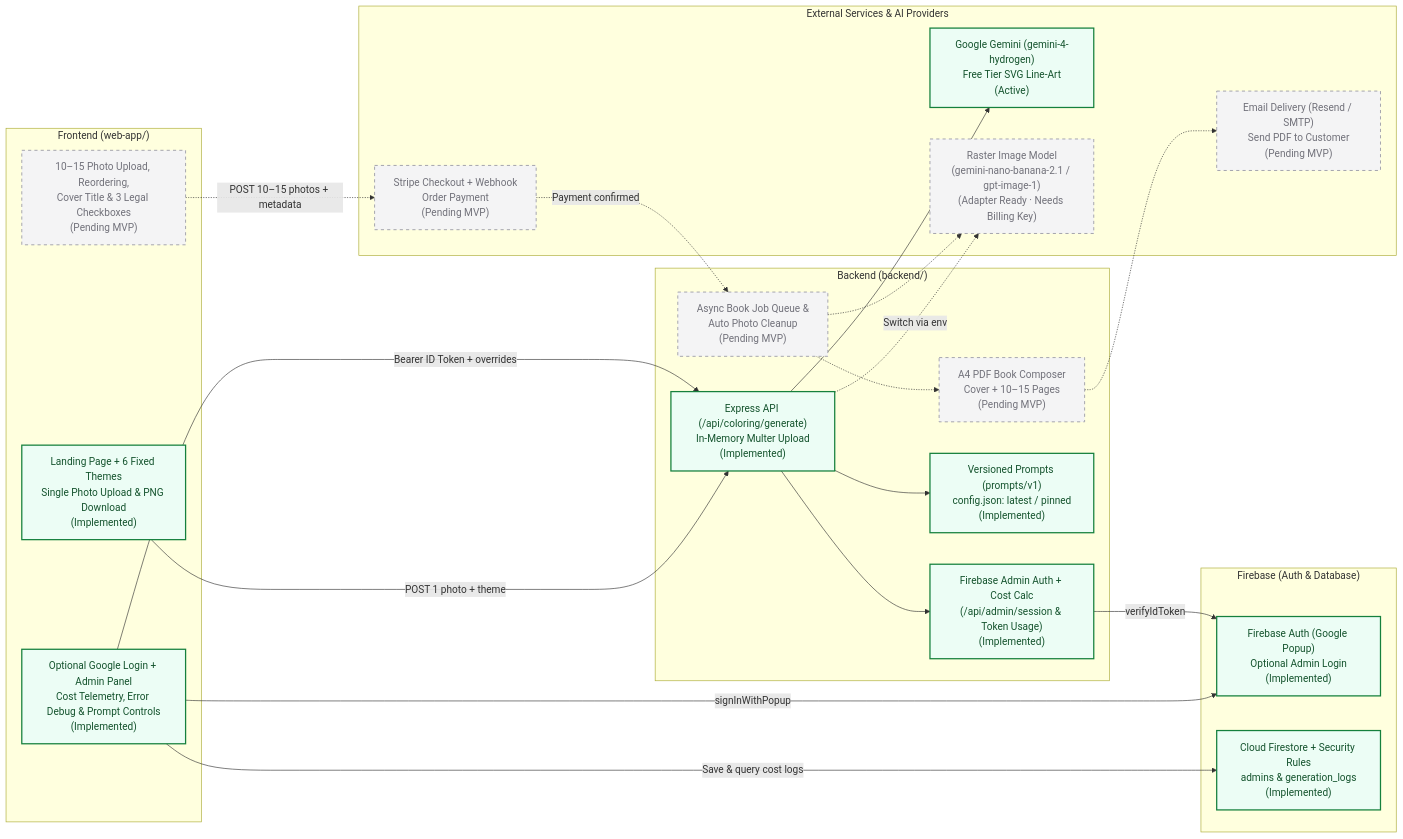
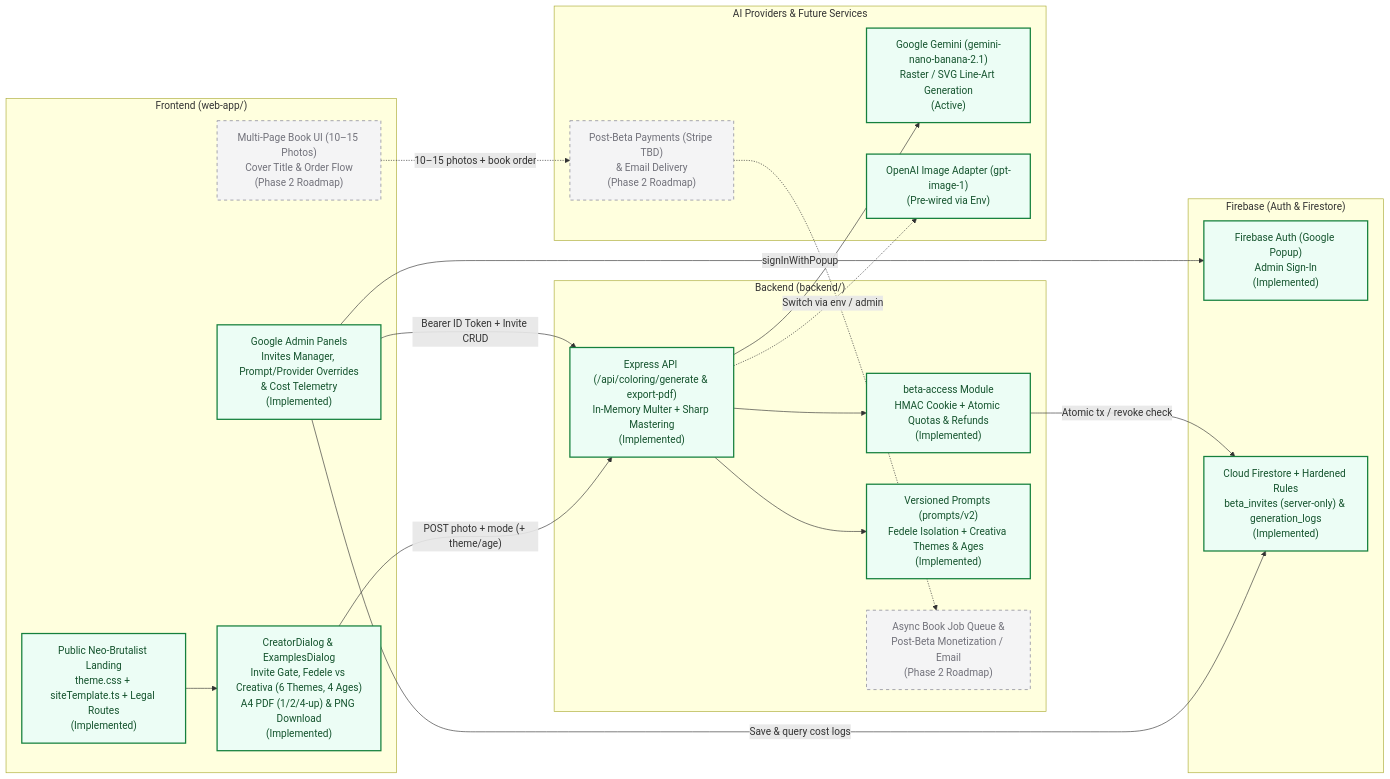
Before and after one commit to MarcoFierimonte/ColoraStoriaAI: the diagram in README.md, drawn with Mermaid. The commit also changed other lines of this file and 9 other files, not shown here.

````diff
--- a/README.md
+++ b/README.md
@@ -43,48 +50,44 @@
 ```mermaid
 flowchart LR
   subgraph Client["Frontend (web-app/)"]
-    UI["Landing Page + 6 Fixed Themes<br/>Single Photo Upload & PNG Download<br/>(Implemented)"]:::done
-    AdminUI["Optional Google Login + Admin Panel<br/>Cost Telemetry, Error Debug & Prompt Controls<br/>(Implemented)"]:::done
-    MultiUI["10–15 Photo Upload, Reordering,<br/>Cover Title & 3 Legal Checkboxes<br/>(Pending MVP)"]:::pending
+    Landing["Public Neo-Brutalist Landing<br/>theme.css + siteTemplate.ts + Legal Routes<br/>(Implemented)"]:::done
+    Creator["CreatorDialog & ExamplesDialog<br/>Invite Gate, Fedele vs Creativa (6 Themes, 4 Ages)<br/>A4 PDF (1/2/4-up) & PNG Download<br/>(Implemented)"]:::done
+    AdminUI["Google Admin Panels<br/>Invites Manager, Prompt/Provider Overrides<br/>& Cost Telemetry<br/>(Implemented)"]:::done
+    BookUI["Multi-Page Book UI (10–15 Photos)<br/>Cover Title & Order Flow<br/>(Phase 2 Roadmap)"]:::pending
   end
 
-  subgraph Firebase["Firebase (Auth & Database)"]
-    FirebaseAuth["Firebase Auth (Google Popup)<br/>Optional Admin Login<br/>(Implemented)"]:::done
-    Firestore["Cloud Firestore + Security Rules<br/>admins & generation_logs<br/>(Implemented)"]:::done
+  subgraph Firebase["Firebase (Auth & Firestore)"]
+    FirebaseAuth["Firebase Auth (Google Popup)<br/>Admin Sign-In<br/>(Implemented)"]:::done
+    Firestore["Cloud Firestore + Hardened Rules<br/>beta_invites (server-only) & generation_logs<br/>(Implemented)"]:::done
   end
 
   subgraph Server["Backend (backend/)"]
-    API["Express API (/api/coloring/generate)<br/>In-Memory Multer Upload<br/>(Implemented)"]:::done
-    AdminAuth["Firebase Admin Auth + Cost Calc<br/>(/api/admin/session & Token Usage)<br/>(Implemented)"]:::done
-    Prompts["Versioned Prompts (prompts/v1)<br/>config.json: latest / pinned<br/>(Implemented)"]:::done
-    JobQueue["Async Book Job Queue &<br/>Auto Photo Cleanup<br/>(Pending MVP)"]:::pending
-    PDF["A4 PDF Book Composer<br/>Cover + 10–15 Pages<br/>(Pending MVP)"]:::pending
+    BetaGate["beta-access Module<br/>HMAC Cookie + Atomic Quotas & Refunds<br/>(Implemented)"]:::done
+    API["Express API (/api/coloring/generate & export-pdf)<br/>In-Memory Multer + Sharp Mastering<br/>(Implemented)"]:::done
+    Prompts["Versioned Prompts (prompts/v2)<br/>Fedele Isolation + Creativa Themes & Ages<br/>(Implemented)"]:::done
+    JobQueue["Async Book Job Queue &<br/>Post-Beta Monetization / Email<br/>(Phase 2 Roadmap)"]:::pending
   end
 
-  subgraph External["External Services & AI Providers"]
-    GeminiFree["Google Gemini (gemini-4-hydrogen)<br/>Free Tier SVG Line-Art<br/>(Active)"]:::done
-    RasterAI["Raster Image Model<br/>(gemini-nano-banana-2.1 / gpt-image-1)<br/>(Adapter Ready · Needs Billing Key)"]:::pending
-    Stripe["Stripe Checkout + Webhook<br/>Order Payment<br/>(Pending MVP)"]:::pending
-    Email["Email Delivery (Resend / SMTP)<br/>Send PDF to Customer<br/>(Pending MVP)"]:::pending
+  subgraph External["AI Providers & Future Services"]
+    Gemini["Google Gemini (gemini-nano-banana-2.1)<br/>Raster / SVG Line-Art Generation<br/>(Active)"]:::done
+    OpenAI["OpenAI Image Adapter (gpt-image-1)<br/>(Pre-wired via Env)"]:::done
+    Monetization["Post-Beta Payments (Stripe TBD)<br/>& Email Delivery<br/>(Phase 2 Roadmap)"]:::pending
   end
 
-  UI -->|"POST 1 photo + theme"| API
+  Landing --> Creator
+  Creator -->|"POST photo + mode (+ theme/age)"| API
   AdminUI -->|"signInWithPopup"| FirebaseAuth
-  AdminUI -->|"Bearer ID Token + overrides"| API
+  AdminUI -->|"Bearer ID Token + Invite CRUD"| API
   AdminUI -->|"Save & query cost logs"| Firestore
-  MultiUI -.->|"POST 10–15 photos + metadata"| Stripe
+  BookUI -.->|"10–15 photos + book order"| Monetization
 
-  API --> AdminAuth
-  AdminAuth -->|"verifyIdToken"| FirebaseAuth
+  API --> BetaGate
+  BetaGate -->|"Atomic tx / revoke check"| Firestore
   API --> Prompts
-  API --> GeminiFree
-  API -.->|"Switch via env"| RasterAI
-
-  Stripe -.->|"Payment confirmed"| JobQueue
-  JobQueue -.-> RasterAI
-  JobQueue -.-> PDF
-  PDF -.-> Email
+  API --> Gemini
+  API -.->|"Switch via env / admin"| OpenAI
+  Monetization -.-> JobQueue
 
   classDef done fill:#ecfdf5,stroke:#15803d,stroke-width:2px,color:#14532d
   classDef pending fill:#f4f4f5,stroke:#a1a1aa,stroke-width:1.5px,stroke-dasharray:5 5,color:#71717a
 ```
````
